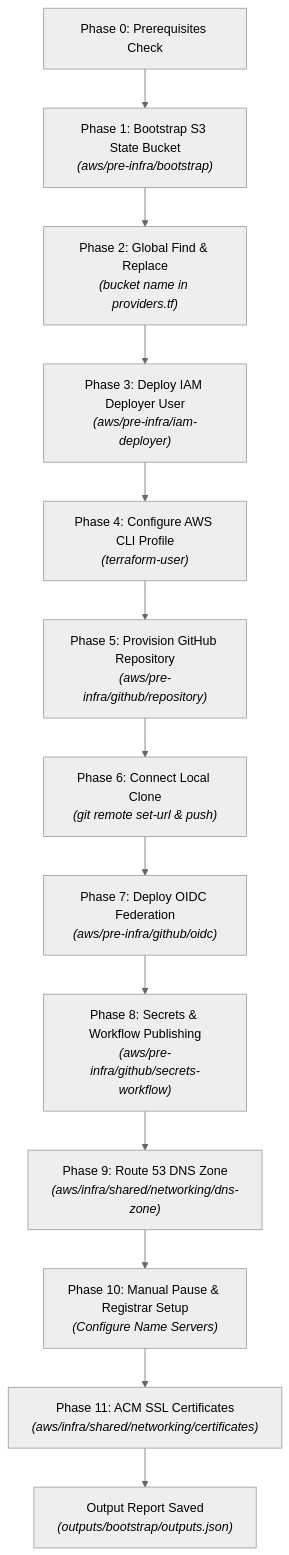
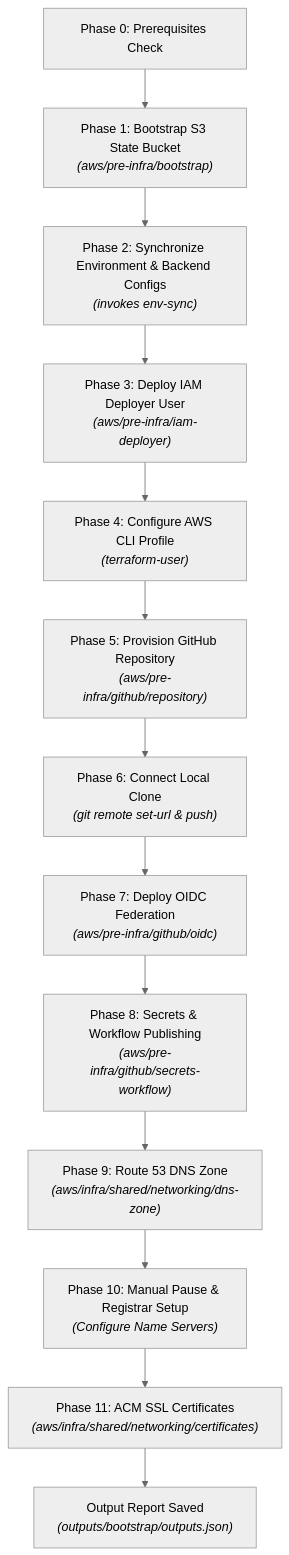
Before and after one commit to Beep1608/cleanmybelly: the diagram in docs/reference/bootstrap_cli.md, drawn with Mermaid (neutral theme). The commit also changed other lines of this file and 8 other files, not shown here.

Commit message:
I've documented vars refactor en env-sync tool

````diff
--- a/docs/reference/bootstrap_cli.md
+++ b/docs/reference/bootstrap_cli.md
@@ -75,15 +89,15 @@
 ```mermaid
 graph TD
     P0["Phase 0: Prerequisites Check"] --> P1["Phase 1: Bootstrap S3 State Bucket<br><i>(aws/pre-infra/bootstrap)</i>"]
-    P1 --> P2["Phase 2: Global Find & Replace<br><i>(bucket name in providers.tf)</i>"]
+    P1 --> P2["Phase 2: Synchronize Environment & Backend Configs<br><i>(invokes env-sync)</i>"]
     P2 --> P3["Phase 3: Deploy IAM Deployer User<br><i>(aws/pre-infra/iam-deployer)</i>"]
     P3 --> P4["Phase 4: Configure AWS CLI Profile<br><i>(terraform-user)</i>"]
     P4 --> P5["Phase 5: Provision GitHub Repository<br><i>(aws/pre-infra/github/repository)</i>"]
     P5 --> P6["Phase 6: Connect Local Clone<br><i>(git remote set-url & push)</i>"]
     P6 --> P7["Phase 7: Deploy OIDC Federation<br><i>(aws/pre-infra/github/oidc)</i>"]
     P7 --> P8["Phase 8: Secrets & Workflow Publishing<br><i>(aws/pre-infra/github/secrets-workflow)</i>"]
     P8 --> P9["Phase 9: Route 53 DNS Zone<br><i>(aws/infra/shared/networking/dns-zone)</i>"]
     P9 --> PAUSE["Phase 10: Manual Pause & Registrar Setup<br><i>(Configure Name Servers)</i>"]
     PAUSE --> P11["Phase 11: ACM SSL Certificates<br><i>(aws/infra/shared/networking/certificates)</i>"]
     P11 --> DONE["Output Report Saved<br><i>(outputs/bootstrap/outputs.json)</i>"]
 ```
````
